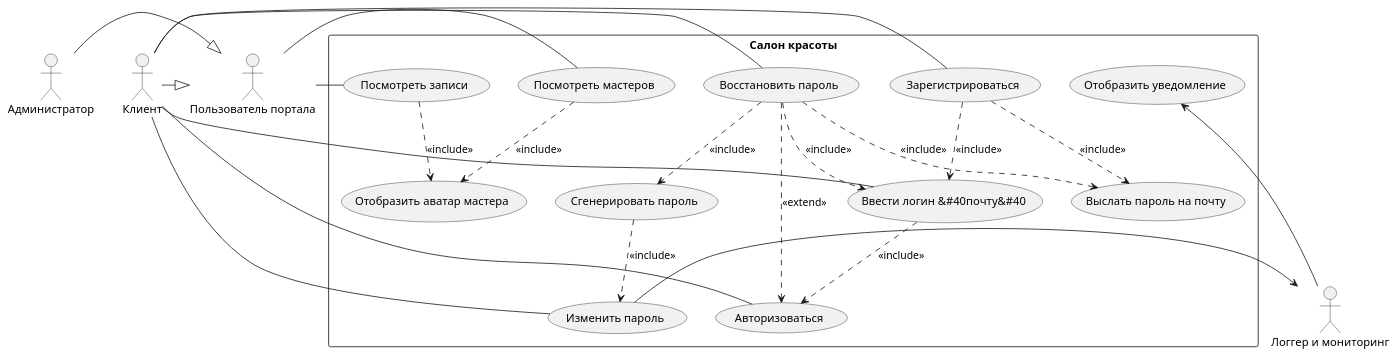
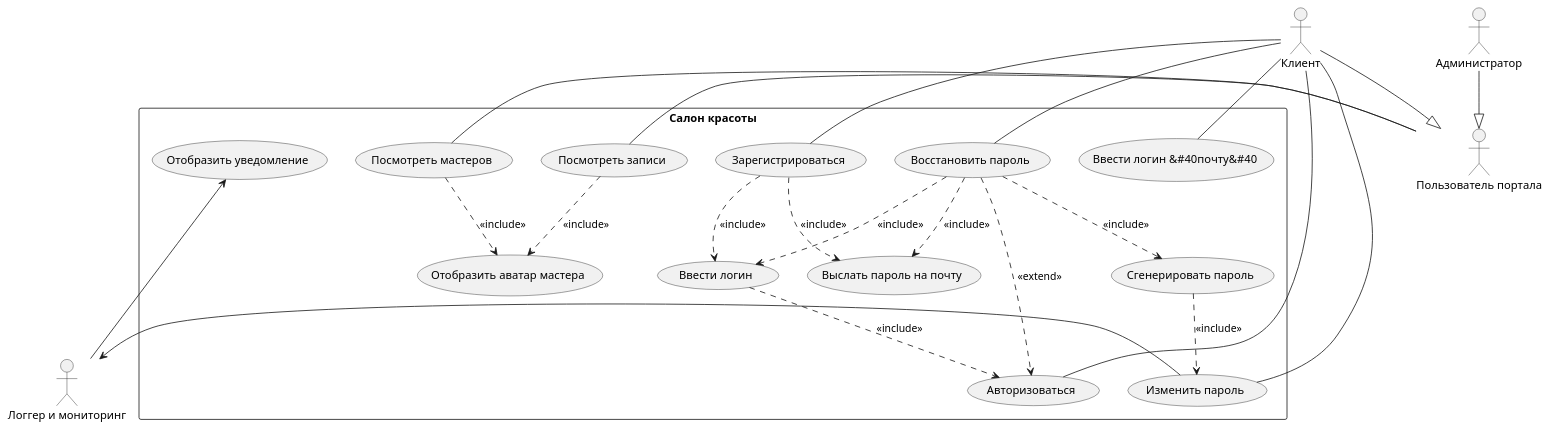
One commit to PopkovAYu/Notes changed the sixth of 6 diagrams in Notes/Notes/Системная аналитика/Курсы от нетологии/Раздел 3. Анализ требований/7. Диаграмма вариантов использования.md. Above: the diagram before and after it, drawn with PlantUML.

Commit message:
vault backup: 2024-04-23 14:23:52
Affected files:
Notes/Notes/Системная аналитика/Курсы от нетологии/Раздел 3. Анализ требований/7. Диаграмма вариантов использования.md

````diff
--- a/Notes/Notes/Системная аналитика/Курсы от нетологии/Раздел 3. Анализ требований/7. Диаграмма вариантов использования.md
+++ b/Notes/Notes/Системная аналитика/Курсы от нетологии/Раздел 3. Анализ требований/7. Диаграмма вариантов использования.md
@@ -67,34 +67,34 @@
 ```plantuml
 @startuml
 actor :Клиент: as Client
 actor :Пользователь портала: as User
 actor :Администратор: as Admin
 actor :Логгер и мониторинг: as Logger
 
-Admin -|> User
-Client -|> User
+Admin --|> User
+Client --|> User
 
 rectangle "Салон красоты" {
-	Client - (Авторизоваться)
-	Client - (Восстановить пароль)
-	Client - (Ввести логин &#40почту&#40)
-	Client - (Зарегистрироваться)
+	Client -right- (Авторизоваться)
+	Client -right- (Восстановить пароль)
+	Client -right- (Ввести логин &#40почту&#40)
+	Client -right- (Зарегистрироваться)
 	(Восстановить пароль) ..> (Авторизоваться) : <<extend>>
-	(Восстановить пароль) ..> (Ввести логин &#40почту&#40) : <<include>>
+	(Восстановить пароль) ..> (Ввести логин) : <<include>>
 	(Восстановить пароль) ..> (Выслать пароль на почту) : <<include>>
 	(Восстановить пароль) ..> (Сгенерировать пароль) : <<include>>
 	(Сгенерировать пароль) ..> (Изменить пароль) : <<include>>
-	(Ввести логин &#40почту&#40) ..> (Авторизоваться) : <<include>>
+	(Ввести логин) ..> (Авторизоваться) : <<include>>
 	(Зарегистрироваться) ..> (Выслать пароль на почту) : <<include>>
-	(Зарегистрироваться) ..> (Ввести логин &#40почту&#40) : <<include>>
-	Client - (Изменить пароль)
+	(Зарегистрироваться) ..> (Ввести логин) : <<include>>
+	Client -right- (Изменить пароль)
 	(Изменить пароль) -> Logger
-	Logger -> (Отобразить уведомление)
-	User - (Посмотреть мастеров)
+	Logger -left-> (Отобразить уведомление)
+	User -right- (Посмотреть мастеров)
 	(Посмотреть мастеров) ..> (Отобразить аватар мастера) : <<include>>
-	User - (Посмотреть записи)
+	User -right- (Посмотреть записи)
 	(Посмотреть записи) ..> (Отобразить аватар мастера) : <<include>>
 }
 
 @enduml
 ```
````
